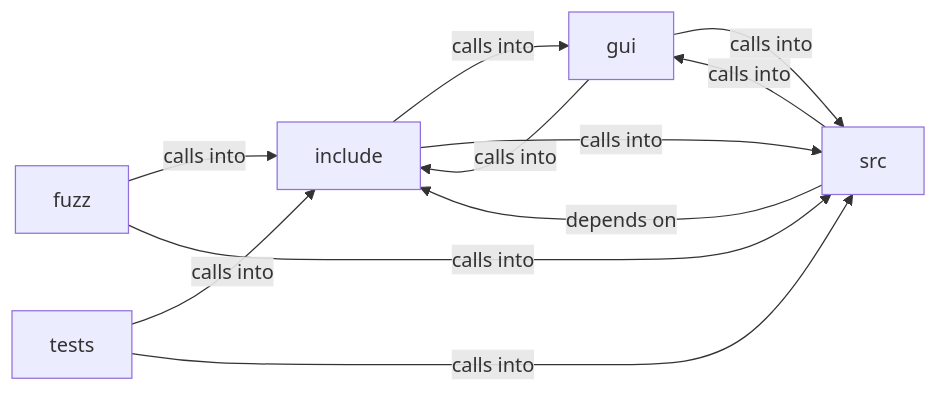
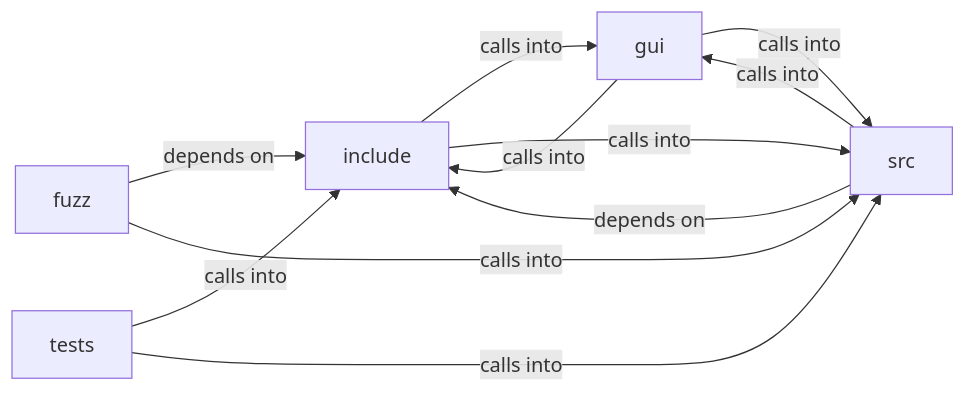
One commit to grisuno/FreeDom changed the diagram in readmenator-diagrams/include_browser_ui.md. Above: the diagram before and after it, drawn with Mermaid. The commit also changed other lines of this file and 237 other files, not shown here.

````diff
--- a/readmenator-diagrams/include_browser_ui.md
+++ b/readmenator-diagrams/include_browser_ui.md
@@ -5,18 +5,18 @@
 ```mermaid
 graph LR
     fuzz["fuzz"]
     gui["gui"]
     include["include"]
     src["src"]
     tests["tests"]
-    fuzz -- "calls into" --> include
+    fuzz -- "depends on" --> include
     fuzz -- "calls into" --> src
     gui -- "calls into" --> include
     gui -- "calls into" --> src
     include -- "calls into" --> gui
     include -- "calls into" --> src
     src -- "calls into" --> gui
     src -- "depends on" --> include
     tests -- "calls into" --> include
     tests -- "calls into" --> src
 ```
````
